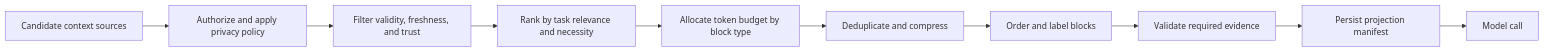
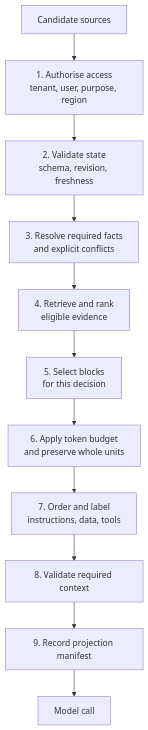
The fourth of 6 diagrams in roadmaps/mlops/modules/llmops/context-engineering/01-context-design.md (senlinyy/dev-roadmaps), drawn with Mermaid before and after one commit. The commit also changed other lines of this file and 198 other files, not shown here.

````diff
--- a/roadmaps/mlops/modules/llmops/context-engineering/01-context-design.md
+++ b/roadmaps/mlops/modules/llmops/context-engineering/01-context-design.md
@@ -84,12 +269,14 @@
 ```mermaid
-flowchart LR
-    N["Candidate context sources"] --> A["Authorize and apply privacy policy"]
-    A --> F["Filter validity, freshness, and trust"]
-    F --> R["Rank by task relevance and necessity"]
-    R --> B["Allocate token budget by block type"]
-    B --> D["Deduplicate and compress"]
-    D --> O["Order and label blocks"]
-    O --> V["Validate required evidence"]
-    V --> P["Persist projection manifest"]
+flowchart TD
+    C["Candidate sources"]
+    C --> A["1. Authorise access<br/>tenant, user, purpose, region"]
+    A --> V["2. Validate state<br/>schema, revision, freshness"]
+    V --> Q["3. Resolve required facts<br/>and explicit conflicts"]
+    Q --> R["4. Retrieve and rank<br/>eligible evidence"]
+    R --> S["5. Select blocks<br/>for this decision"]
+    S --> B["6. Apply token budget<br/>and preserve whole units"]
+    B --> O["7. Order and label<br/>instructions, data, tools"]
+    O --> G["8. Validate required context"]
+    G --> P["9. Record projection manifest"]
     P --> M["Model call"]
 ```
````
